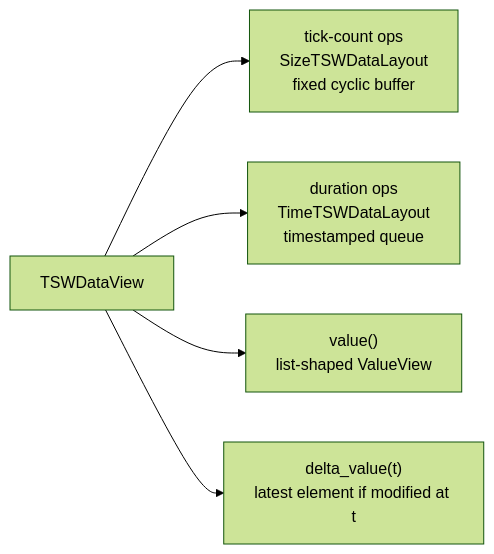
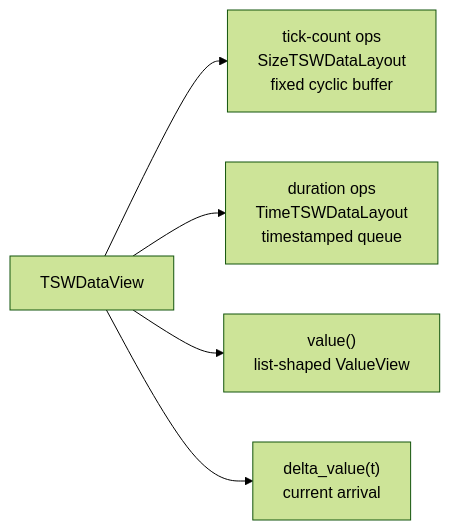
Before and after one commit to hhenson/hgraph: the sixth of 10 diagrams in docs/source/developer_guide/data_structures/plans_and_ops/time_series.rst, drawn with Mermaid (forest theme). The commit also changed other lines of this file and 54 other files, not shown here.

```diff
--- a/docs/source/developer_guide/data_structures/plans_and_ops/time_series.rst
+++ b/docs/source/developer_guide/data_structures/plans_and_ops/time_series.rst
@@ -998,13 +1009,13 @@
 .. mermaid::
 
    flowchart LR
       View["TSWDataView"]
       FixedOps["tick-count ops<br/>SizeTSWDataLayout<br/>fixed cyclic buffer"]
       DurationOps["duration ops<br/>TimeTSWDataLayout<br/>timestamped queue"]
       Value["value()<br/>list-shaped ValueView"]
-      Delta["delta_value(t)<br/>latest element if modified at t"]
+      Delta["delta_value(t)<br/>current arrival"]
 
       View --> FixedOps
       View --> DurationOps
       View --> Value
       View --> Delta
```
